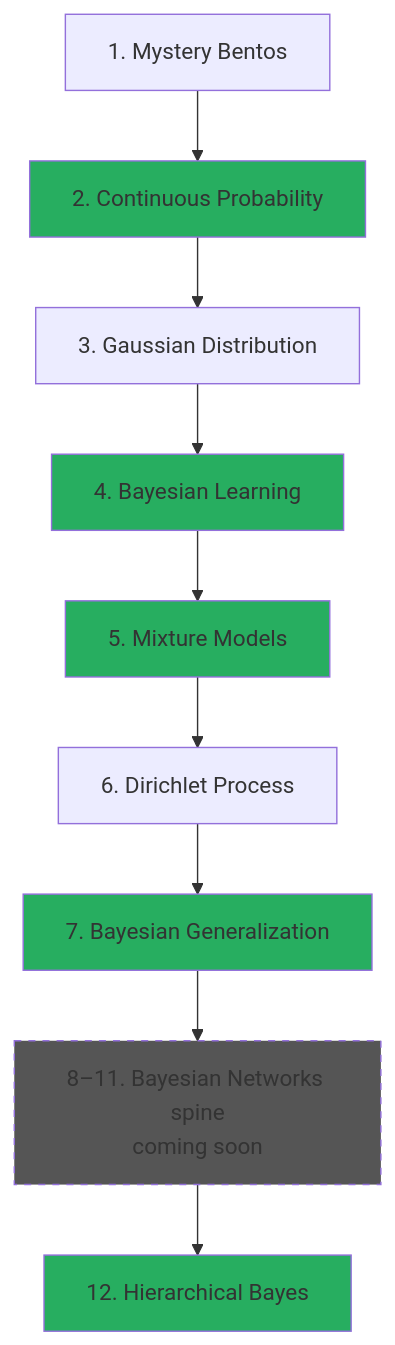
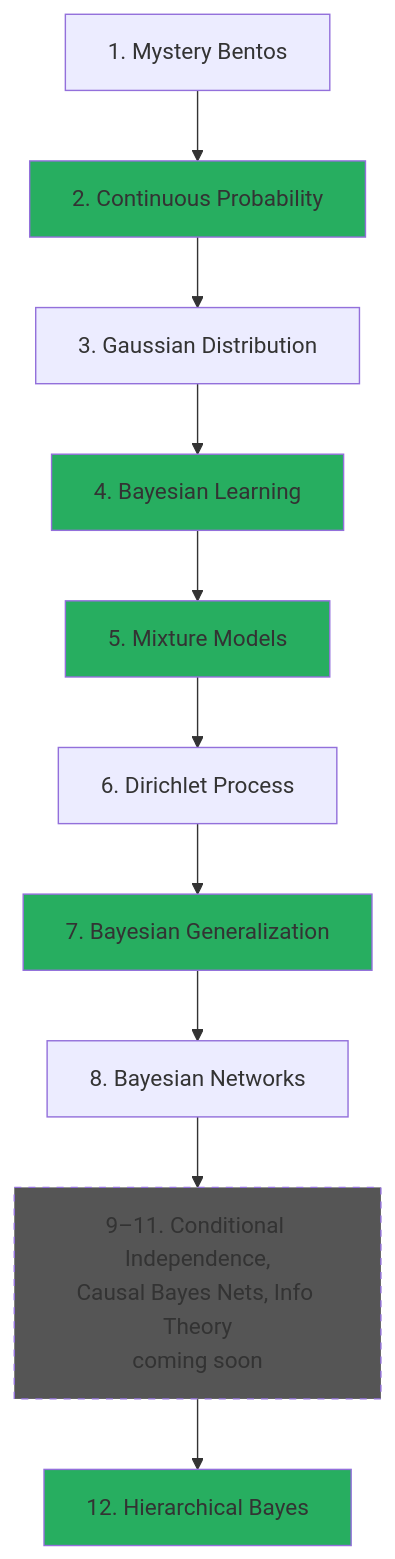
The diagram in content/intro2/_index.md (josephausterweil/probintro), drawn with Mermaid before and after one commit. The commit also changed other lines of this file and 2 other files, not shown here.

````diff
--- a/content/intro2/_index.md
+++ b/content/intro2/_index.md
@@ -34,20 +34,21 @@
 ```mermaid
 graph TB
     A[1. Mystery Bentos] --> B[2. Continuous Probability]
     B --> C[3. Gaussian Distribution]
     C --> D[4. Bayesian Learning]
     D --> E[5. Mixture Models]
     E --> F[6. Dirichlet Process]
     F --> G[7. Bayesian Generalization]
-    G --> S[8–11. Bayesian Networks spine<br/>coming soon]
+    G --> H[8. Bayesian Networks]
+    H --> S[9–11. Conditional Independence,<br/>Causal Bayes Nets, Info Theory<br/>coming soon]
     S --> L[12. Hierarchical Bayes]
 
     style B fill:#27ae60
     style D fill:#27ae60
     style E fill:#27ae60
     style G fill:#27ae60
     style L fill:#27ae60
     style S fill:#555,stroke-dasharray: 5 5
 
     classDef foundational fill:#27ae60,stroke:#333,stroke-width:2px,color:#fff
 ```
````
